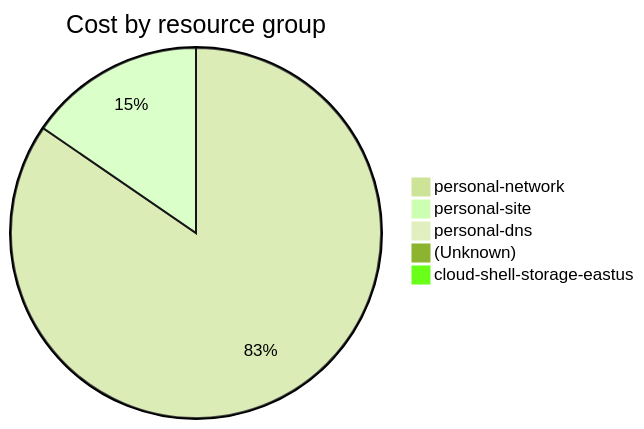
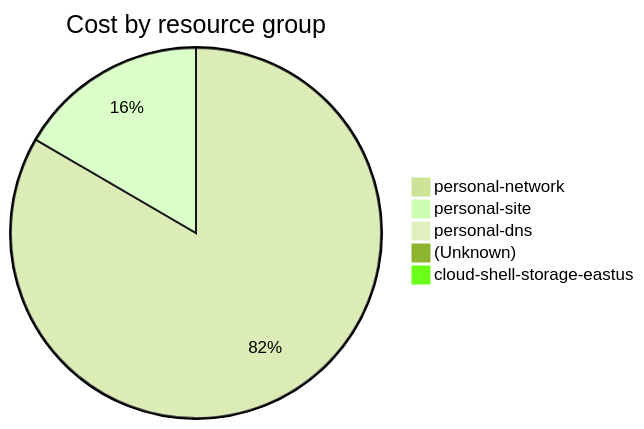
The fourth of 4 diagrams in cost-reports/accumulated-cost.md (jpfulton/azure-personal-reports), drawn with Mermaid (forest theme) before and after one commit. The commit also changed other lines of this file and 4 other files, not shown here.

````diff
--- a/cost-reports/accumulated-cost.md
+++ b/cost-reports/accumulated-cost.md
@@ -153,9 +155,9 @@
 ```mermaid
 pie
    title Cost by resource group
-   "personal-network" : 2.96
-   "personal-site" : 0.54
-   "personal-dns" : 0.03
-   "(Unknown)" : 0.03
-   "cloud-shell-storage-eastus" : 0.01
+   "personal-network" : 5.47
+   "personal-site" : 1.09
+   "personal-dns" : 0.06
+   "(Unknown)" : 0.06
+   "cloud-shell-storage-eastus" : 0.02
 ```
````
